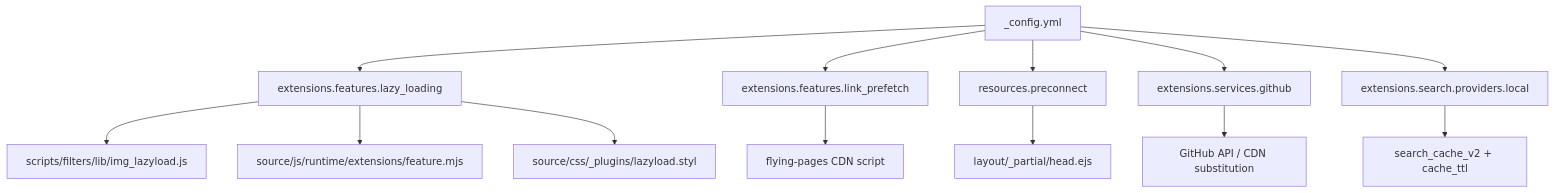
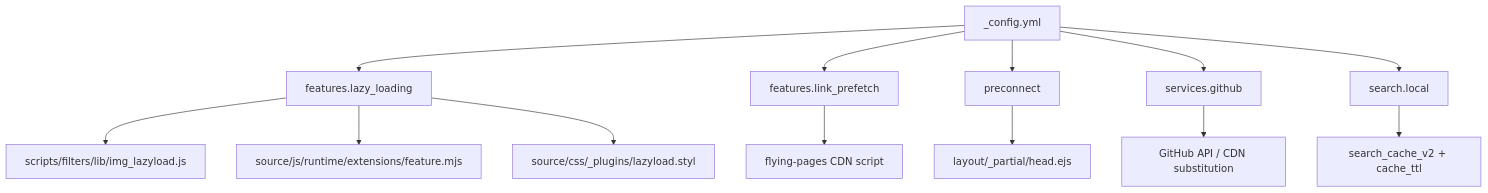
Before and after one commit to xaoxuu/hexo-theme-stellar: the first of 3 diagrams in docs/knowledge/09-高级主题/performance.md, drawn with Mermaid. The commit also changed other lines of this file and 42 other files, not shown here.

````diff
--- a/docs/knowledge/09-高级主题/performance.md
+++ b/docs/knowledge/09-高级主题/performance.md
@@ -51,20 +51,20 @@
 ```mermaid
 flowchart TD
-  A["_config.yml"] --> B["extensions.features.lazy_loading"]
-  A --> D["extensions.features.link_prefetch"]
-  A --> E["resources.preconnect"]
-  A --> F["extensions.services.github"]
-  A --> G["extensions.search.providers.local"]
+  A["_config.yml"] --> B["features.lazy_loading"]
+  A --> D["features.link_prefetch"]
+  A --> E["preconnect"]
+  A --> F["services.github"]
+  A --> G["search.local"]
 
   B --> B1["scripts/filters/lib/img_lazyload.js"]
   B --> B2["source/js/runtime/extensions/feature.mjs"]
   B --> B3["source/css/_plugins/lazyload.styl"]
 
   D --> D1["flying-pages CDN script"]
 
   E --> E2["layout/_partial/head.ejs"]
 
   F --> F1["GitHub API / CDN substitution"]
 
   G --> G1["search_cache_v2 + cache_ttl"]
 ```
````
